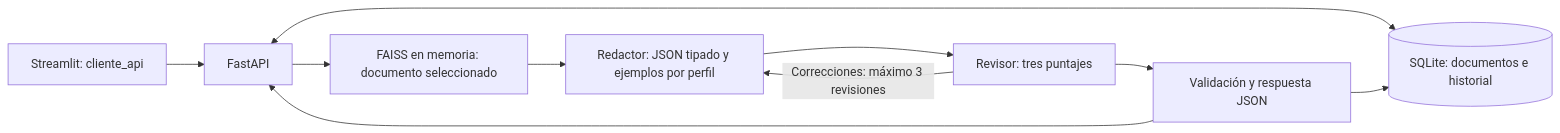
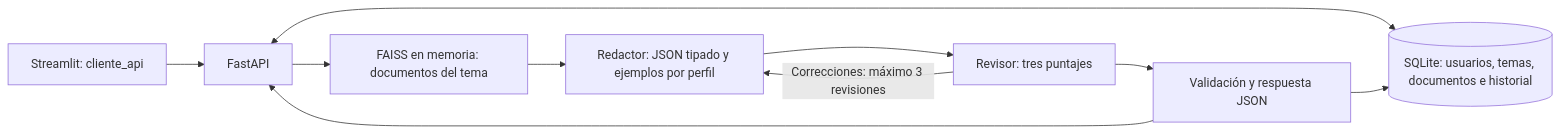
Before and after one commit to LinamariaMartinez/nuevamente-demo: the diagram in README.md, drawn with Mermaid. The commit also changed other lines of this file and 2 other files, not shown here.

````diff
--- a/README.md
+++ b/README.md
@@ -20,12 +20,12 @@
 ```mermaid
 flowchart LR
     S[Streamlit: cliente_api] --> A[FastAPI]
-    A <--> DB[(SQLite: documentos e historial)]
-    A --> R[FAISS en memoria: documento seleccionado]
+    A <--> DB[(SQLite: usuarios, temas, documentos e historial)]
+    A --> R[FAISS en memoria: documentos del tema]
     R --> W[Redactor: JSON tipado y ejemplos por perfil]
     W --> V[Revisor: tres puntajes]
     V -- Correcciones: máximo 3 revisiones --> W
     V --> J[Validación y respuesta JSON]
     J --> DB
     J --> A
 ```
````
